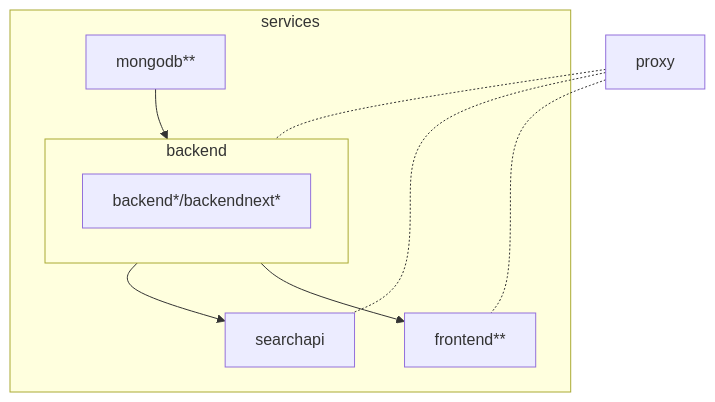
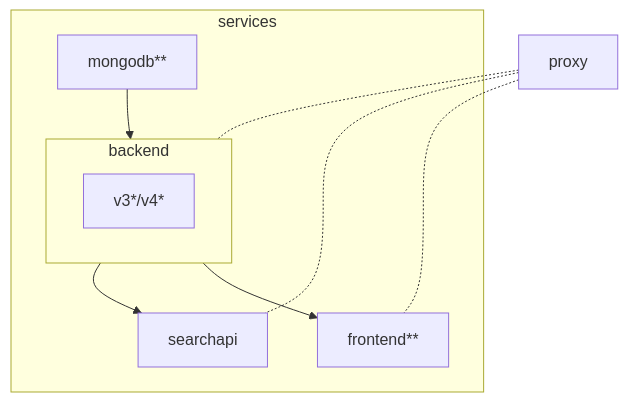
Before and after one commit to SciCatProject/scicatlive: the diagram in README.md, drawn with Mermaid. The commit also changed other lines of this file and 13 other files, not shown here.

Commit message:
Change references to backend and backendnext

````diff
--- a/README.md
+++ b/README.md
@@ -35,15 +35,15 @@
 ```mermaid
 graph TD
    subgraph services
       subgraph backend
-         backends[backend*/backendnext*]
+         backends[v3*/v4*]
       end
       mongodb[mongodb**] --> backend
       backend --> frontend[frontend**]
       backend --> searchapi
    end
 
    proxy -.- backend
    proxy -.- frontend
    proxy -.- searchapi
 ```
````
